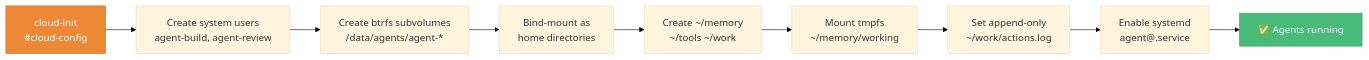
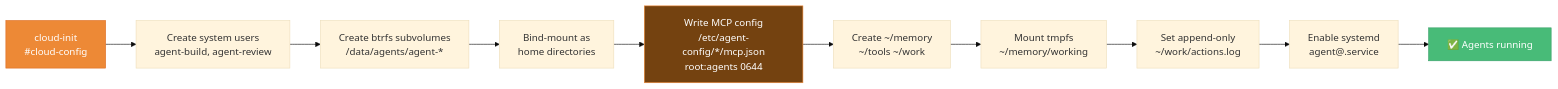
One commit to davdunc/btrfs-replication-test changed the seventh of 14 diagrams in diagrams.md. Above: the diagram before and after it, drawn with Mermaid (base theme). The commit also changed other lines of this file and 4 other files, not shown here.

First line of the commit message:
Add privilege separation (OpenSSH model) and /etc/agent-config MCP

````diff
--- a/diagrams.md
+++ b/diagrams.md
@@ -153,14 +235,16 @@
 ```mermaid
 flowchart LR
     CI["cloud-init<br/>#cloud-config"] --> U["Create system users<br/>agent-build, agent-review"]
     U --> BV["Create btrfs subvolumes<br/>/data/agents/agent-*"]
     BV --> BD["Bind-mount as<br/>home directories"]
-    BD --> DIR["Create ~/memory<br/>~/tools ~/work"]
+    BD --> MCP["Write MCP config<br/>/etc/agent-config/*/mcp.json<br/>root:agents 0644"]
+    MCP --> DIR["Create ~/memory<br/>~/tools ~/work"]
     DIR --> TMP["Mount tmpfs<br/>~/memory/working"]
     TMP --> LOG["Set append-only<br/>~/work/actions.log"]
     LOG --> SD["Enable systemd<br/>agent@.service"]
     SD --> RUN["✅ Agents running"]
 
     style CI fill:#ed8936,stroke:#dd6b20,color:#fff
+    style MCP fill:#744210,stroke:#ed8936,color:#fff
     style RUN fill:#48bb78,stroke:#38a169,color:#fff
 ```
````
